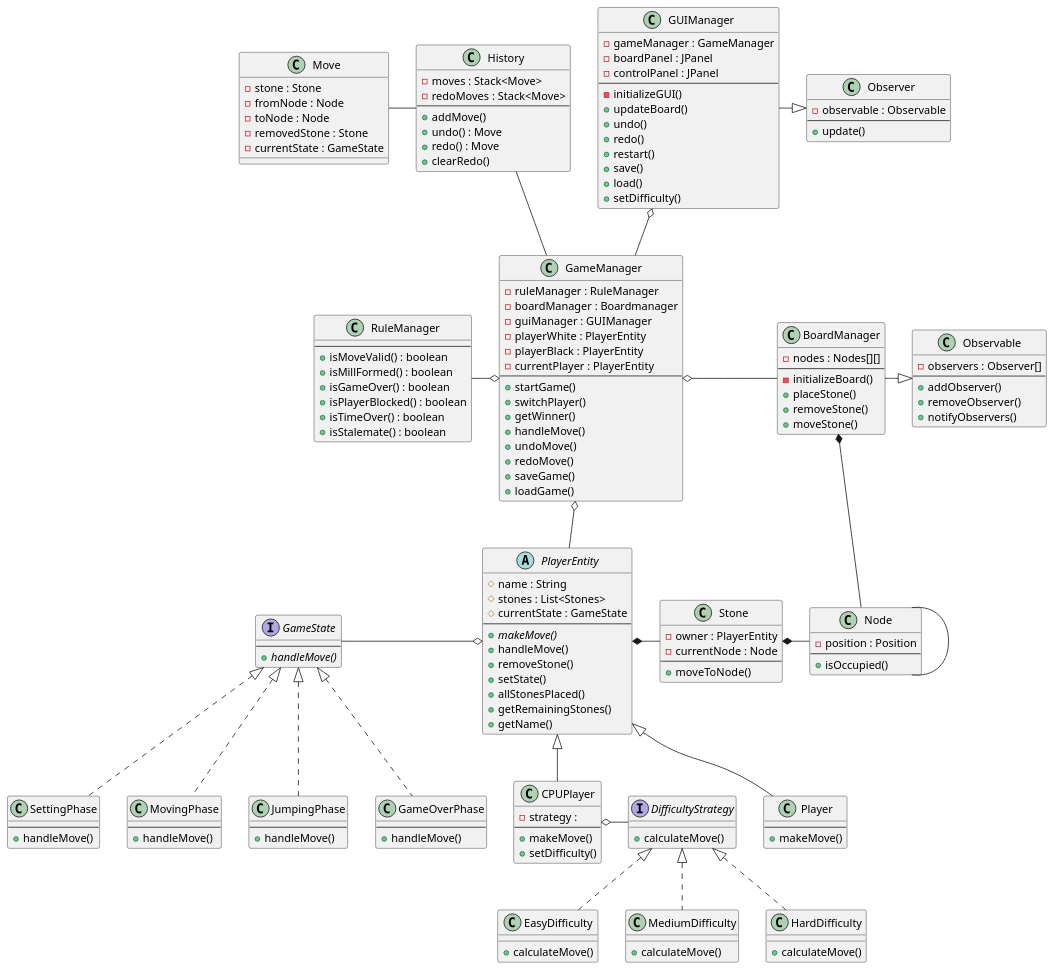
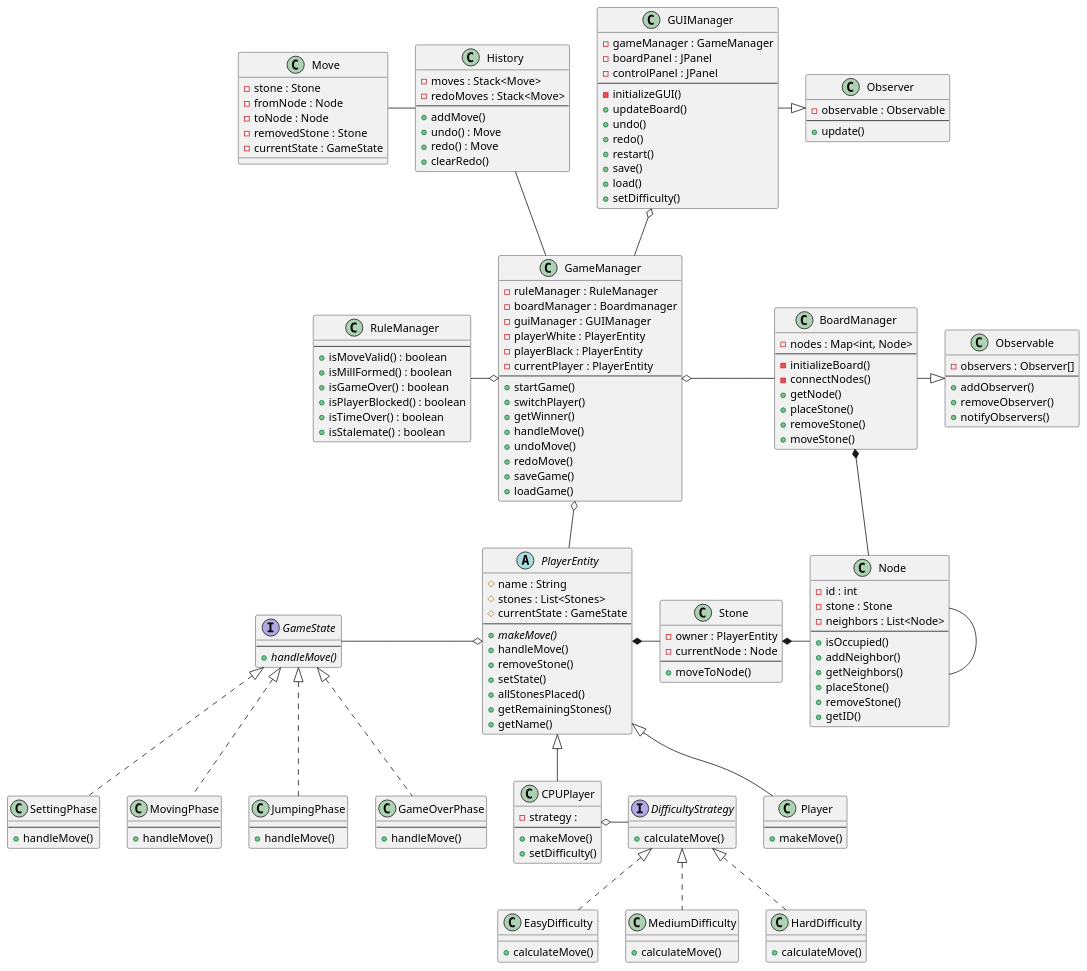
Before and after one commit to RyanMikus/muehlespiel_java_fs25: the diagram in Diagrams/ClassdiagramV2.puml, drawn with PlantUML.

```diff
--- a/Diagrams/ClassdiagramV2.puml
+++ b/Diagrams/ClassdiagramV2.puml
@@ -29,9 +29,11 @@
 }
 
 class BoardManager{
-- nodes : Nodes[][]
+- nodes : Map<int, Node>
 --
 - initializeBoard()
+- connectNodes()
++ getNode()
 + placeStone()
 + removeStone()
 + moveStone()
@@ -85,9 +87,16 @@
 }
 
 class Node{
-- position : Position
+- id : int
+- stone : Stone
+- neighbors : List<Node>
 --
 + isOccupied()
++ addNeighbor()
++ getNeighbors()
++ placeStone()
++ removeStone()
++ getID()
 }
 
 abstract class PlayerEntity{
```
